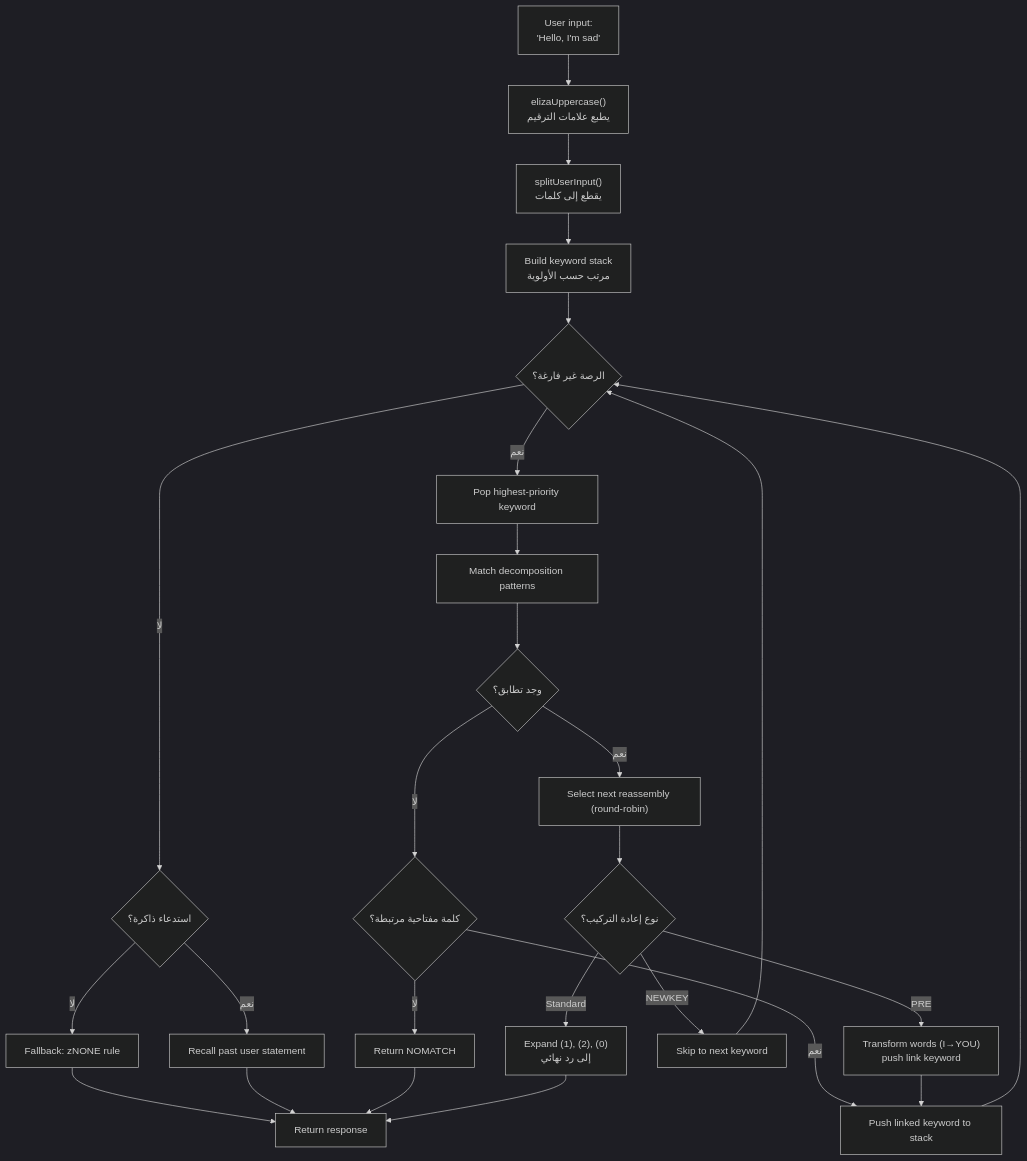
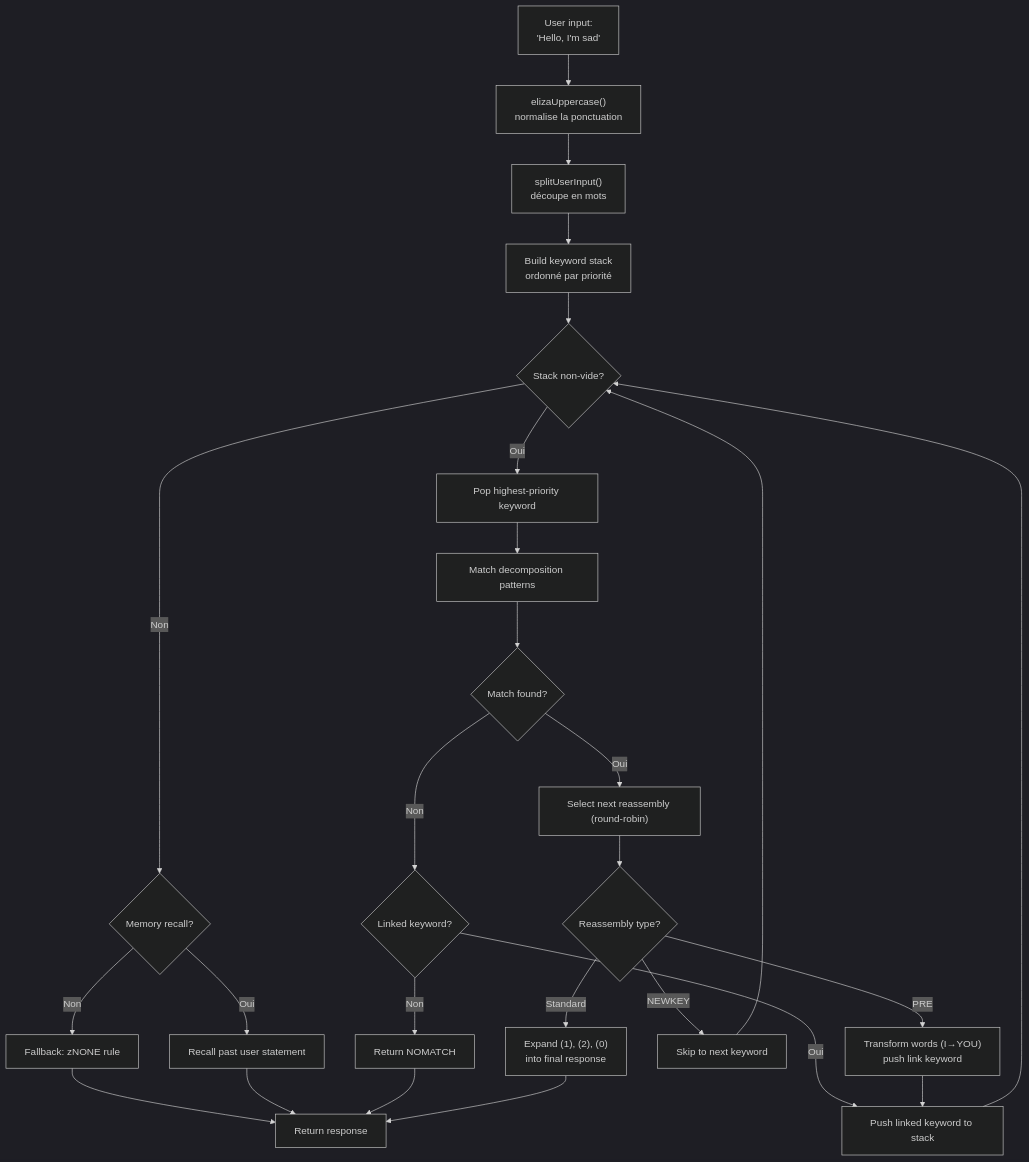
Before and after one commit to fox3000foxy/fox3000foxy.github.io: the first of 2 diagrams in public/articles/ar/from-eliza-to-llm-chatbots-typescript.md, drawn with Mermaid (dark theme). The commit also changed other lines of this file and 576 other files, not shown here.

````diff
--- a/public/articles/ar/from-eliza-to-llm-chatbots-typescript.md
+++ b/public/articles/ar/from-eliza-to-llm-chatbots-typescript.md
@@ -93,28 +92,28 @@
 ```mermaid
 flowchart TD
-    A["User input:<br>'Hello, I'm sad'"] --> B["elizaUppercase()<br>يطبع علامات الترقيم"]
-    B --> C["splitUserInput()<br>يقطع إلى كلمات"]
-    C --> D["Build keyword stack<br>مرتب حسب الأولوية"]
-    D --> E{"الرصة غير فارغة؟"}
-    E -->|"نعم"| F["Pop highest-priority keyword"]
-    E -->|"لا"| G{"استدعاء ذاكرة؟"}
-    G -->|"نعم"| H["Recall past user statement"]
-    G -->|"لا"| I["Fallback: zNONE rule"]
+    A["User input:<br>'Hello, I'm sad'"] --> B["elizaUppercase()<br>normalise la ponctuation"]
+    B --> C["splitUserInput()<br>découpe en mots"]
+    C --> D["Build keyword stack<br>ordonné par priorité"]
+    D --> E{"Stack non-vide?"}
+    E -->|"Oui"| F["Pop highest-priority keyword"]
+    E -->|"Non"| G{"Memory recall?"}
+    G -->|"Oui"| H["Recall past user statement"]
+    G -->|"Non"| I["Fallback: zNONE rule"]
     I --> J["Return response"]
     H --> J
     F --> K["Match decomposition patterns"]
-    K --> L{"وجد تطابق؟"}
-    L -->|"لا"| M{"كلمة مفتاحية مرتبطة؟"}
-    M -->|"نعم"| N["Push linked keyword to stack"]
+    K --> L{"Match found?"}
+    L -->|"Non"| M{"Linked keyword?"}
+    M -->|"Oui"| N["Push linked keyword to stack"]
     N --> E
-    M -->|"لا"| O["Return NOMATCH"]
+    M -->|"Non"| O["Return NOMATCH"]
     O --> J
-    L -->|"نعم"| P["Select next reassembly (round-robin)"]
-    P --> Q{"نوع إعادة التركيب؟"}
+    L -->|"Oui"| P["Select next reassembly (round-robin)"]
+    P --> Q{"Reassembly type?"}
     Q -->|"PRE"| R["Transform words (I→YOU)<br>push link keyword"]
     R --> N
     Q -->|"NEWKEY"| S["Skip to next keyword"]
     S --> E
-    Q -->|"Standard"| T["Expand (1), (2), (0)<br>إلى رد نهائي"]
+    Q -->|"Standard"| T["Expand (1), (2), (0)<br>into final response"]
     T --> J
 ```
````
